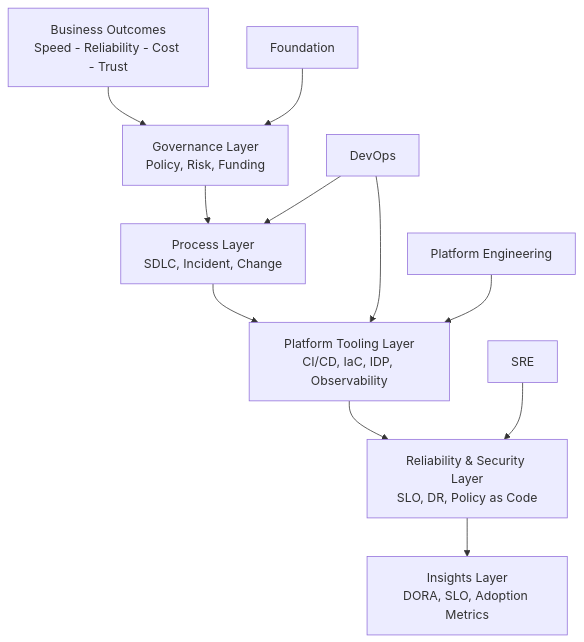
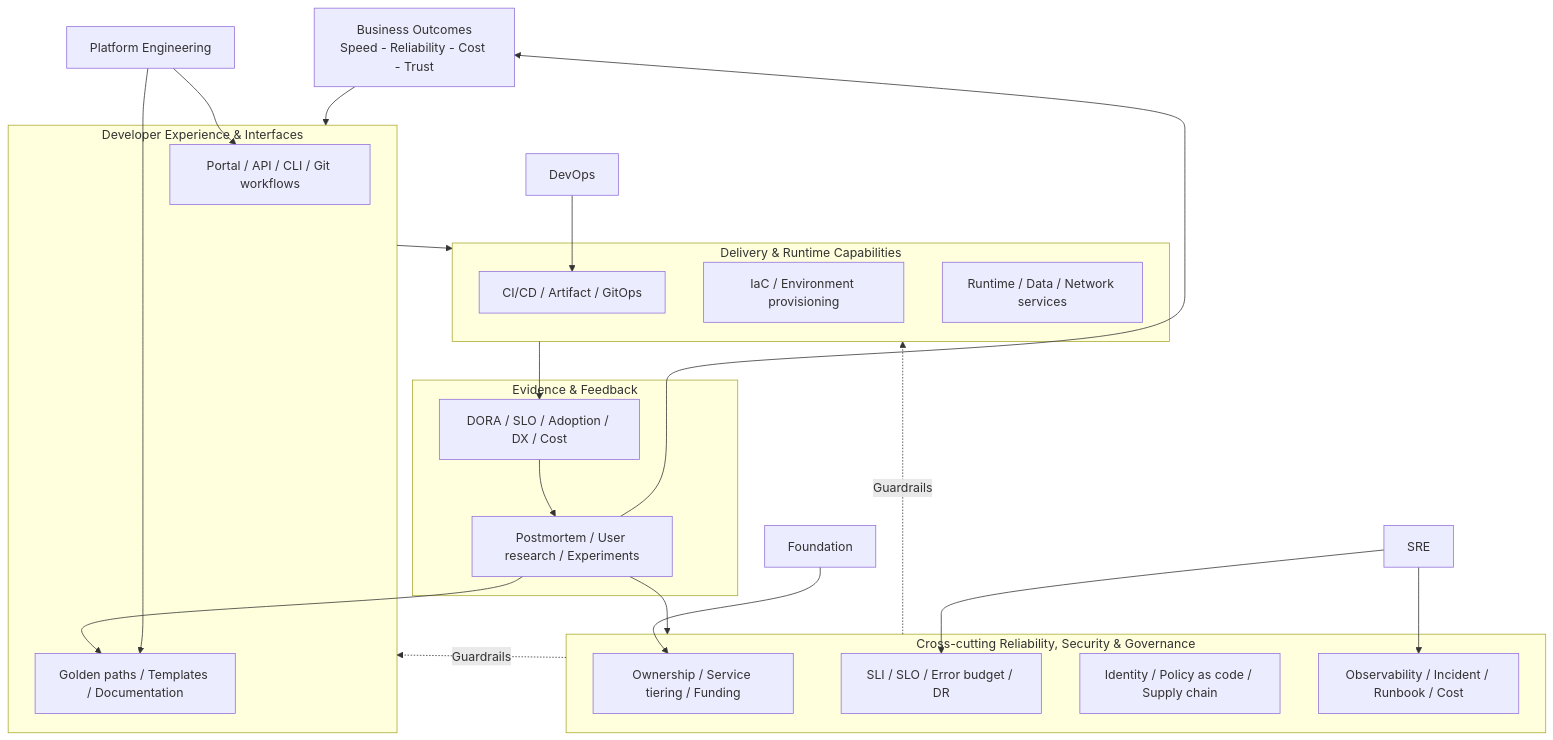
Before and after one commit to hinorashi/homecommer: the second of 4 diagrams in homecomer.md, drawn with Mermaid. The commit also changed other lines of this file and 2 other files, not shown here.

Commit message:
[platform engineer] update lộ trình triển khai

````diff
--- a/homecomer.md
+++ b/homecomer.md
@@ -116,14 +125,43 @@
 ```mermaid
 flowchart TB
-  A[Business Outcomes\nSpeed - Reliability - Cost - Trust] --> B[Governance Layer\nPolicy, Risk, Funding]
-  B --> C[Process Layer\nSDLC, Incident, Change]
-  C --> D[Platform Tooling Layer\nCI/CD, IaC, IDP, Observability]
-  D --> E[Reliability & Security Layer\nSLO, DR, Policy as Code]
-  E --> F[Insights Layer\nDORA, SLO, Adoption Metrics]
+  Outcome[Business Outcomes\nSpeed - Reliability - Cost - Trust]
 
-  FDN[Foundation] --> B
-  SRE[SRE] --> E
-  DVO[DevOps] --> C
-  DVO --> D
-  PE[Platform Engineering] --> D
+  subgraph Experience[Developer Experience & Interfaces]
+    Portal[Portal / API / CLI / Git workflows]
+    Golden[Golden paths / Templates / Documentation]
+  end
+
+  subgraph Delivery[Delivery & Runtime Capabilities]
+    CICD[CI/CD / Artifact / GitOps]
+    IaC[IaC / Environment provisioning]
+    Runtime[Runtime / Data / Network services]
+  end
+
+  subgraph Controls[Cross-cutting Reliability, Security & Governance]
+    Ownership[Ownership / Service tiering / Funding]
+    Reliability[SLI / SLO / Error budget / DR]
+    Security[Identity / Policy as code / Supply chain]
+    Operations[Observability / Incident / Runbook / Cost]
+  end
+
+  subgraph Insights[Evidence & Feedback]
+    Metrics[DORA / SLO / Adoption / DX / Cost]
+    Learning[Postmortem / User research / Experiments]
+  end
+
+  Outcome --> Experience --> Delivery
+  Controls -. Guardrails .-> Experience
+  Controls -. Guardrails .-> Delivery
+  Delivery --> Metrics
+  Metrics --> Learning
+  Learning --> Outcome
+  Learning --> Golden
+  Learning --> Controls
+
+  FDN[Foundation] --> Ownership
+  SRE[SRE] --> Reliability
+  SRE --> Operations
+  DVO[DevOps] --> CICD
+  PE[Platform Engineering] --> Portal
+  PE --> Golden
 ```
````
